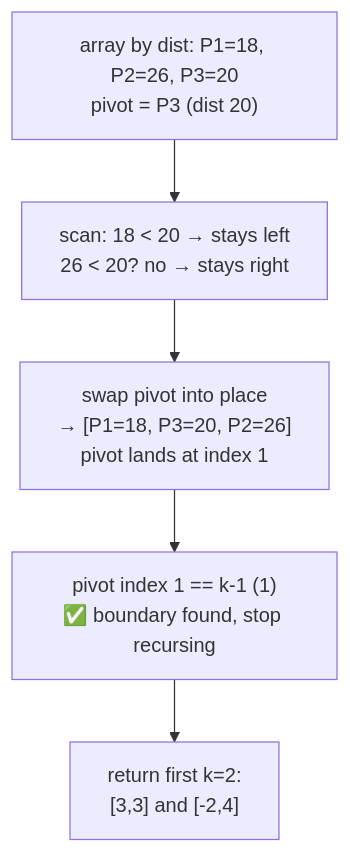
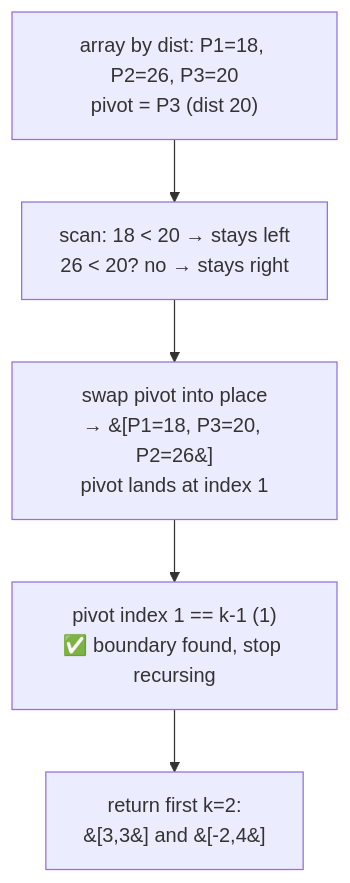
The diagram in topics/09-heap-priority-queue/03-k-closest-points-to-origin/README.md (Aryan-Jadon18/dsa-placement-prep), drawn with Mermaid before and after one commit. The commit also changed 52 other files, not shown here.

First line of the commit message:
Fix Mermaid diagrams not rendering on GitHub

````diff
--- a/topics/09-heap-priority-queue/03-k-closest-points-to-origin/README.md
+++ b/topics/09-heap-priority-queue/03-k-closest-points-to-origin/README.md
@@ -84,9 +84,9 @@
 ```mermaid
 flowchart TD
     A["array by dist: P1=18, P2=26, P3=20<br/>pivot = P3 (dist 20)"]
     B["scan: 18 < 20 → stays left<br/>26 < 20? no → stays right"]
-    C["swap pivot into place<br/>→ [P1=18, P3=20, P2=26]<br/>pivot lands at index 1"]
+    C["swap pivot into place<br/>→ &#91;P1=18, P3=20, P2=26&#93;<br/>pivot lands at index 1"]
     D["pivot index 1 == k-1 (1)<br/>✅ boundary found, stop recursing"]
-    E["return first k=2:<br/>[3,3] and [-2,4]"]
+    E["return first k=2:<br/>&#91;3,3&#93; and &#91;-2,4&#93;"]
     A --> B --> C --> D --> E
 ```
````
